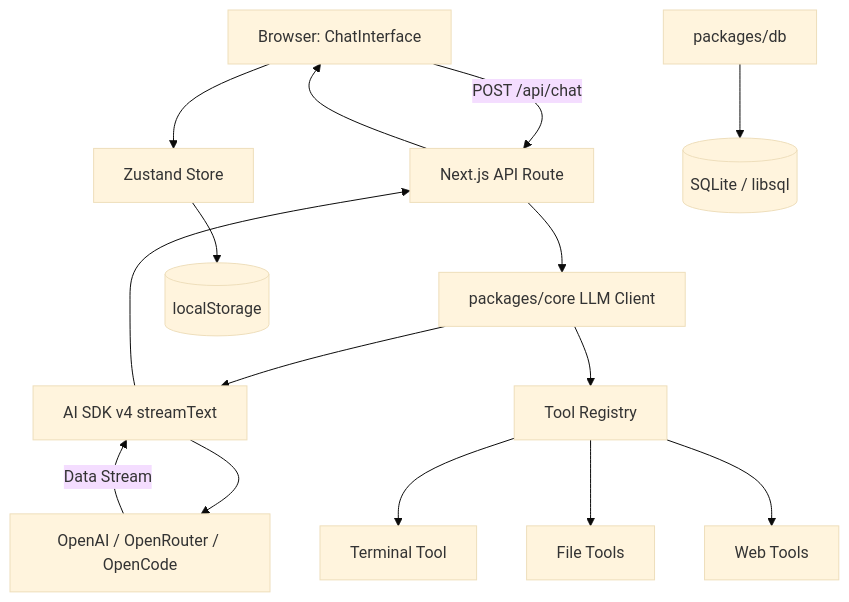
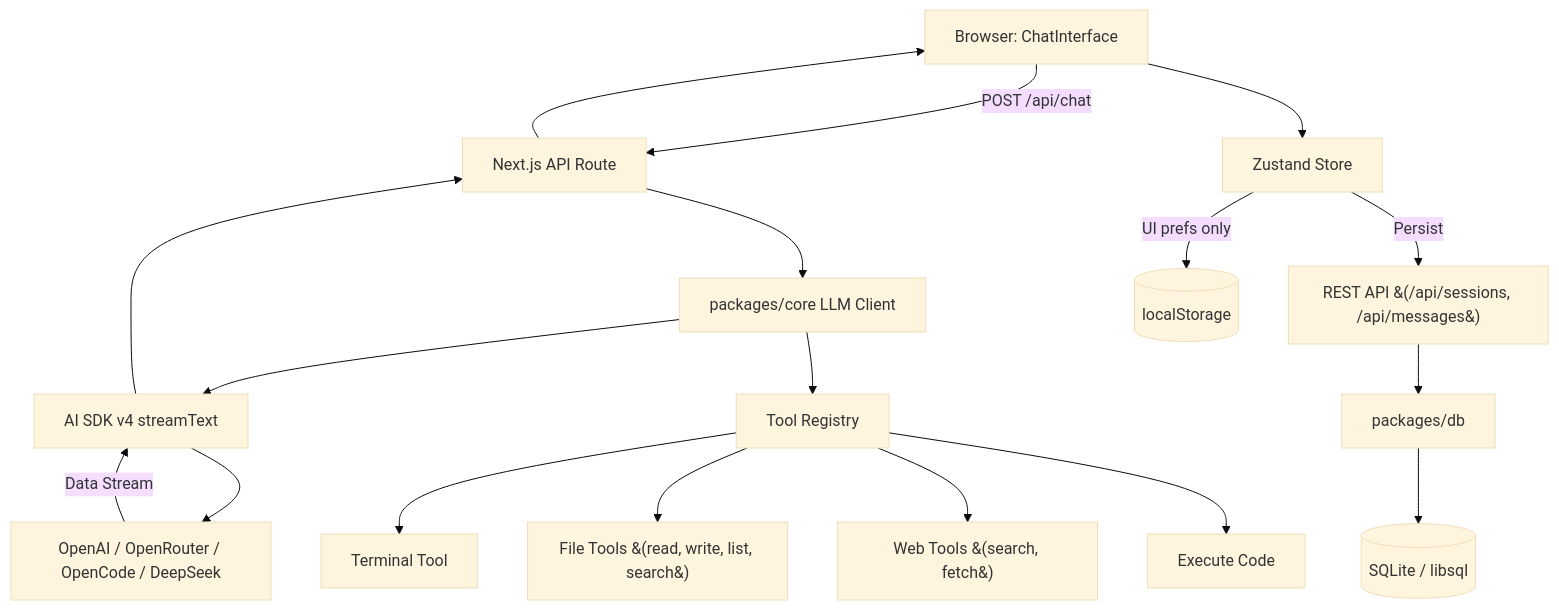
One commit to chedevlooper-creator/agent-web changed the diagram in AGENTS.md. Above: the diagram before and after it, drawn with Mermaid (base theme). The commit also changed other lines of this file and 30 other files, not shown here.

````diff
--- a/AGENTS.md
+++ b/AGENTS.md
@@ -66,15 +68,18 @@
 ```mermaid
 graph TD
     A[Browser: ChatInterface] -->|POST /api/chat| B[Next.js API Route]
     B --> C[packages/core LLM Client]
     C --> D[AI SDK v4 streamText]
-    D --> E[OpenAI / OpenRouter / OpenCode]
+    D --> E[OpenAI / OpenRouter / OpenCode / DeepSeek]
     E -->|Data Stream| D --> B --> A
     C --> F[Tool Registry]
     F --> G[Terminal Tool]
-    F --> H[File Tools]
-    F --> I[Web Tools]
-    A --> J[Zustand Store]
-    J --> K[(localStorage)]
-    L[packages/db] --> M[(SQLite / libsql)]
+    F --> H[File Tools &#40;read, write, list, search&#41;]
+    F --> I[Web Tools &#40;search, fetch&#41;]
+    F --> J[Execute Code]
+    A --> K[Zustand Store]
+    K -->|Persist| L[REST API &#40;/api/sessions, /api/messages&#41;]
+    L --> M[packages/db]
+    M --> N[(SQLite / libsql)]
+    K -->|UI prefs only| O[(localStorage)]
 ```
````
